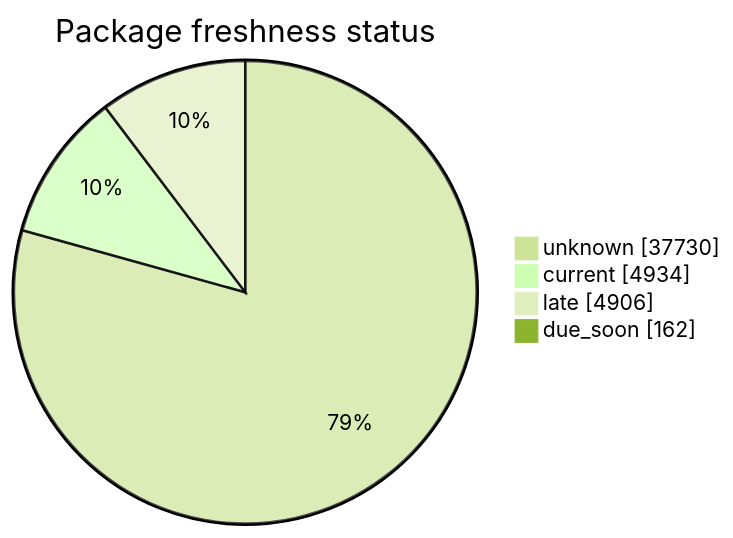
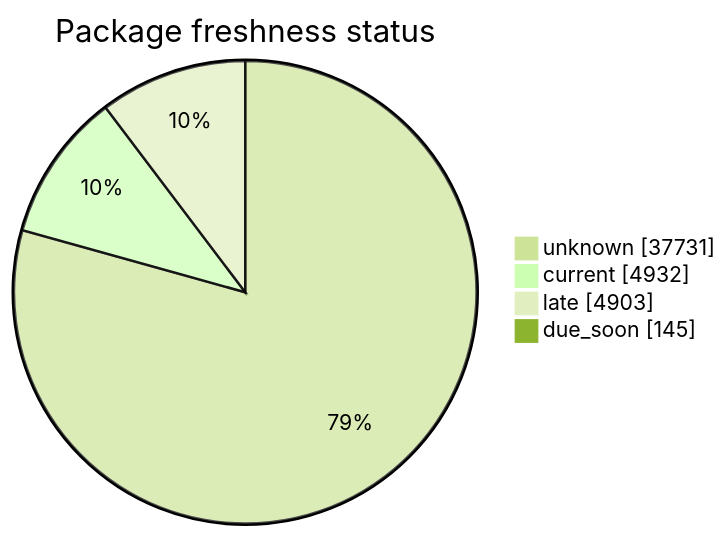
The second of 5 diagrams in FreshCheck/README.md (open-data/analytics-corporate-reporting), drawn with Mermaid (forest theme) before and after one commit. The commit also changed other lines of this file and 3 other files, not shown here.

````diff
--- a/FreshCheck/README.md
+++ b/FreshCheck/README.md
@@ -68,7 +68,7 @@
 ```mermaid
 pie showData title Package freshness status
-    "unknown": 37730
-    "current": 4934
-    "late": 4906
-    "due_soon": 162
+    "unknown": 37731
+    "current": 4932
+    "late": 4903
+    "due_soon": 145
 ```
````
